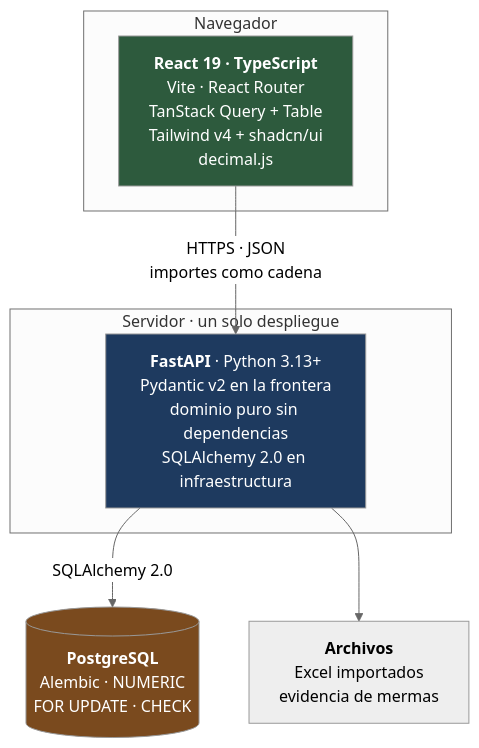
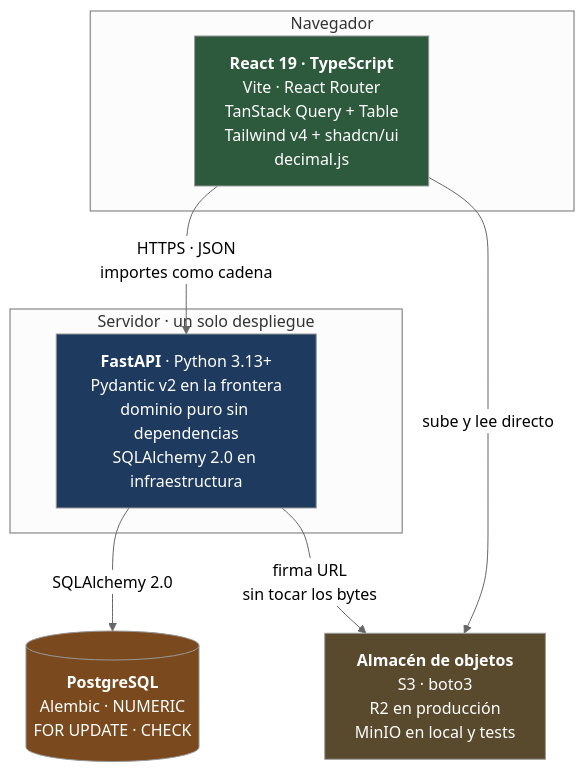
One commit to FranciscoRodSilva/IA4Devs-Proyecto-Final changed the diagram in docs/06-stack-tecnologico.md. Above: the diagram before and after it, drawn with Mermaid (neutral theme). The commit also changed other lines of this file and 12 other files, not shown here.

````diff
--- a/docs/06-stack-tecnologico.md
+++ b/docs/06-stack-tecnologico.md
@@ -45,21 +45,23 @@
 ```mermaid
 graph TB
     subgraph NAV["Navegador"]
         FE["<b>React 19 · TypeScript</b><br/>Vite · React Router<br/>TanStack Query + Table<br/>Tailwind v4 + shadcn/ui<br/>decimal.js"]
     end
 
     subgraph SRV["Servidor · un solo despliegue"]
         API["<b>FastAPI</b> · Python 3.13+<br/>Pydantic v2 en la frontera<br/>dominio puro sin dependencias<br/>SQLAlchemy 2.0 en infraestructura"]
     end
 
     DB[("<b>PostgreSQL</b><br/>Alembic · NUMERIC<br/>FOR UPDATE · CHECK")]
-    FS["<b>Archivos</b><br/>Excel importados<br/>evidencia de mermas"]
+    FS["<b>Almacén de objetos</b><br/>S3 · boto3<br/>R2 en producción<br/>MinIO en local y tests"]
 
     FE -->|"HTTPS · JSON<br/>importes como cadena"| API
     API -->|"SQLAlchemy 2.0"| DB
-    API --> FS
+    API -->|"firma URL<br/>sin tocar los bytes"| FS
+    FE -->|"sube y lee directo"| FS
 
     style FE fill:#2d5a3d,color:#fff
     style API fill:#1e3a5f,color:#fff
     style DB fill:#7a4a1e,color:#fff
+    style FS fill:#5a4a2d,color:#fff
 ```
````
